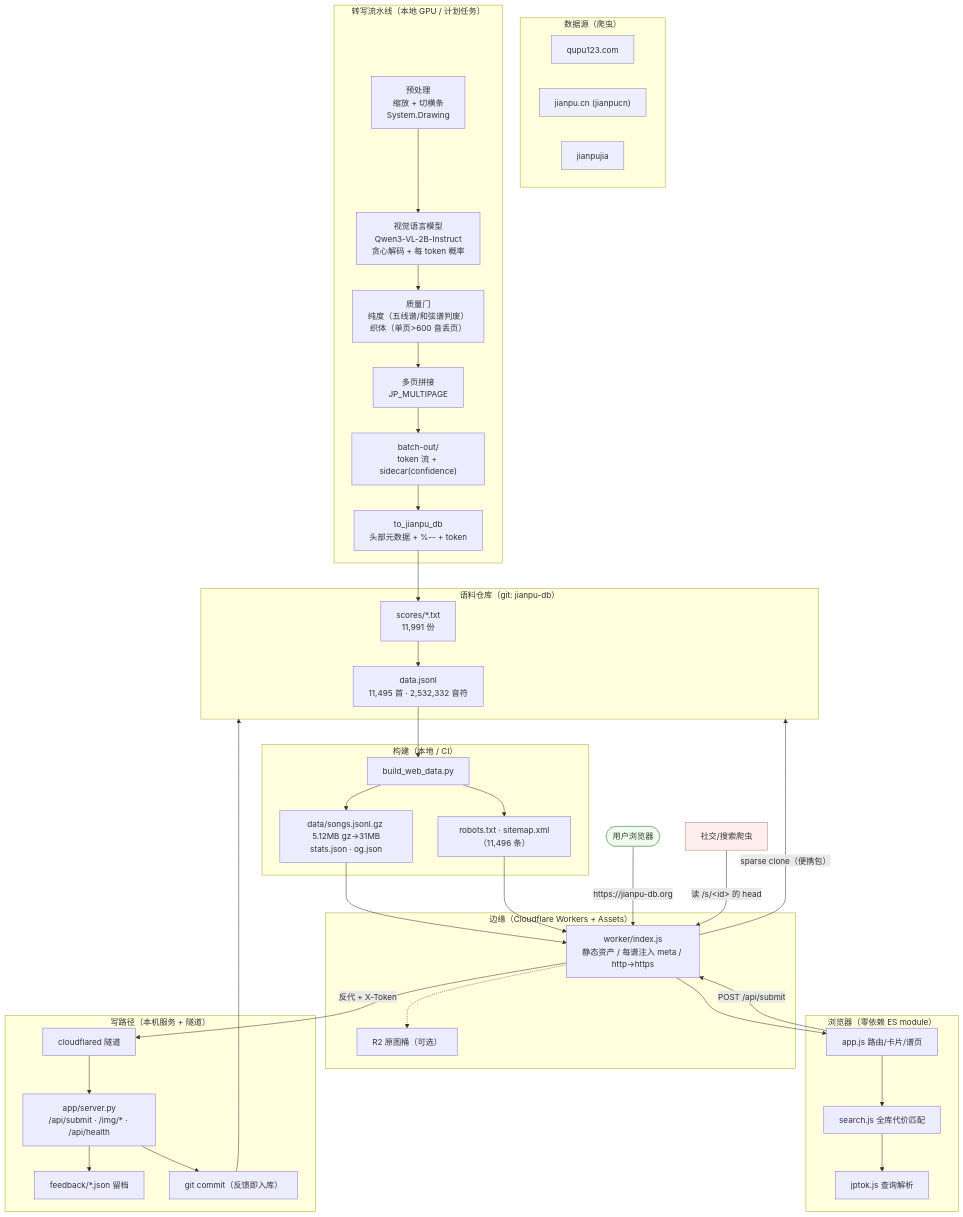
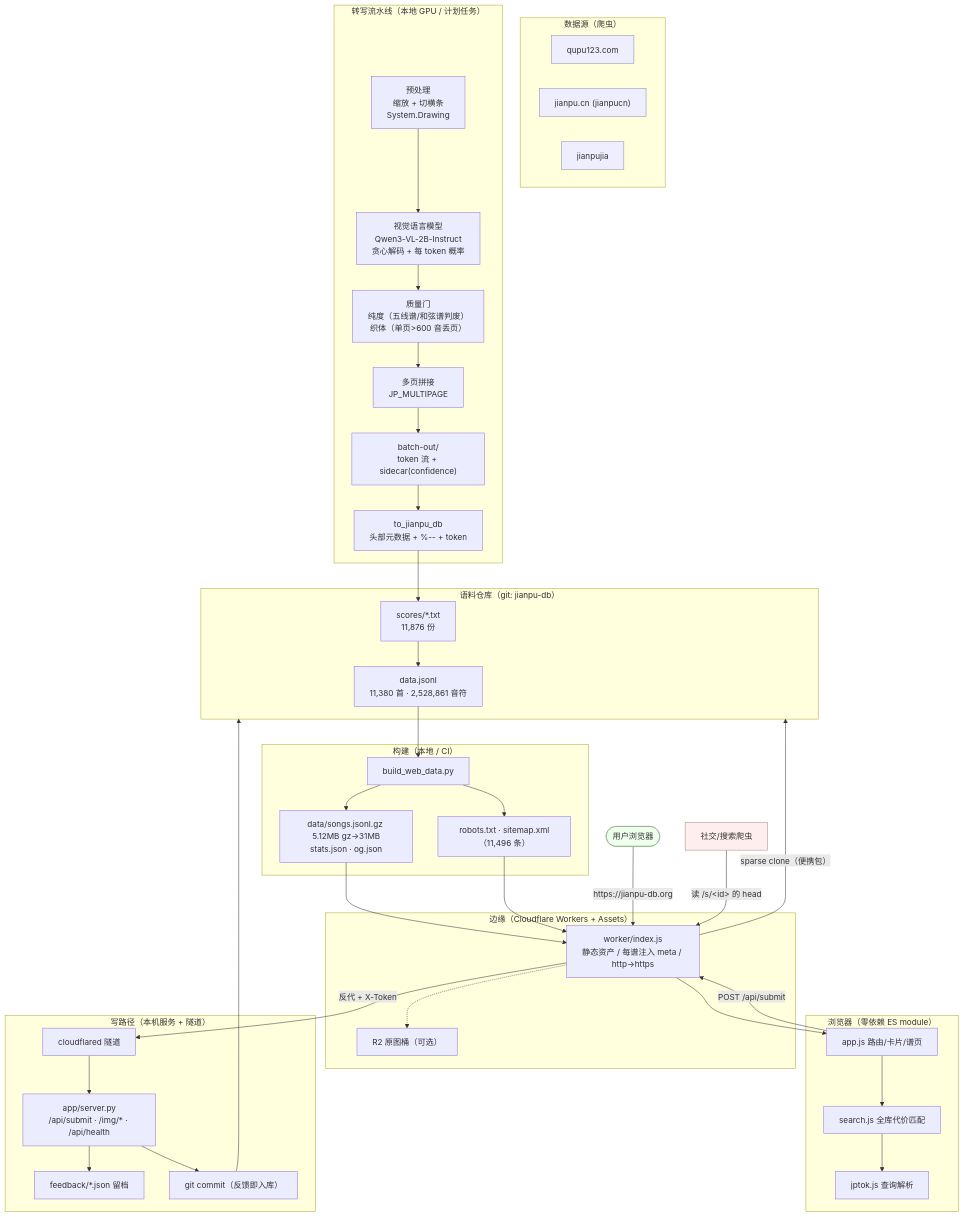
Before and after one commit to jianpu-db/jianpu-db.github.io: the diagram in docs/ARCHITECTURE.md, drawn with Mermaid. The commit also changed other lines of this file and 10 other files, not shown here.

````diff
--- a/docs/ARCHITECTURE.md
+++ b/docs/ARCHITECTURE.md
@@ -8,71 +8,71 @@
 ```mermaid
 flowchart TB
   subgraph SRC["数据源（爬虫）"]
     Q1["qupu123.com"]:::src
     Q2["jianpu.cn (jianpucn)"]:::src
     Q3["jianpujia"]:::src
   end
 
   subgraph PIPE["转写流水线（本地 GPU / 计划任务）"]
     PRE["预处理<br/>缩放 + 切横条<br/>System.Drawing"]
     VLM["视觉语言模型<br/>Qwen3-VL-2B-Instruct<br/>贪心解码 + 每 token 概率"]
     GATE["质量门<br/>纯度（五线谱/和弦谱判废）<br/>织体（单页>600 音丢页）"]
     MP["多页拼接<br/>JP_MULTIPAGE"]
     BO["batch-out/<br/>token 流 + sidecar(confidence)"]
     CONV["to_jianpu_db<br/>头部元数据 + %-- + token"]
     PRE --> VLM --> GATE --> MP --> BO --> CONV
   end
 
   subgraph CORPUS["语料仓库（git: jianpu-db）"]
-    SCORES["scores/*.txt<br/>11,991 份"]
-    JSONL["data.jsonl<br/>11,495 首 · 2,532,332 音符"]
+    SCORES["scores/*.txt<br/>11,876 份"]
+    JSONL["data.jsonl<br/>11,380 首 · 2,528,861 音符"]
     CONV --> SCORES --> JSONL
   end
 
   subgraph BUILD["构建（本地 / CI）"]
     BWD["build_web_data.py"]
     IDX["data/songs.jsonl.gz 5.12MB gz→31MB<br/>stats.json · og.json"]
     SEO["robots.txt · sitemap.xml（11,496 条）"]
     JSONL --> BWD --> IDX
     BWD --> SEO
   end
 
   subgraph EDGE["边缘（Cloudflare Workers + Assets）"]
     W["worker/index.js<br/>静态资产 / 每谱注入 meta / http→https"]
     R2["R2 原图桶（可选）"]
     IDX --> W
     SEO --> W
     W -.-> R2
   end
 
   subgraph BROWSER["浏览器（零依赖 ES module）"]
     APP["app.js 路由/卡片/谱页"]
     SEARCH["search.js 全库代价匹配"]
     JPT["jptok.js 查询解析"]
     APP --> SEARCH --> JPT
   end
 
   subgraph WRITE["写路径（本机服务 + 隧道）"]
     TUN["cloudflared 隧道"]
     SRV["app/server.py<br/>/api/submit · /img/* · /api/health"]
     FB["feedback/*.json 留档"]
     GIT["git commit（反馈即入库）"]
     TUN --> SRV --> FB
     SRV --> GIT
   end
 
   SOC["社交/搜索爬虫"]:::bot
   USER(["用户浏览器"]):::user
 
   USER -->|"https://jianpu-db.org"| W
   W --> APP
   APP -->|"POST /api/submit"| W
   W -->|"反代 + X-Token"| TUN
   GIT --> CORPUS
   SOC -->|"读 /s/&lt;id&gt; 的 head"| W
   W -->|"sparse clone（便携包）"| CORPUS
 
   classDef src fill:#eef,stroke:#88a
   classDef bot fill:#fee,stroke:#a88
   classDef user fill:#efe,stroke:#8a8
 ```
````
